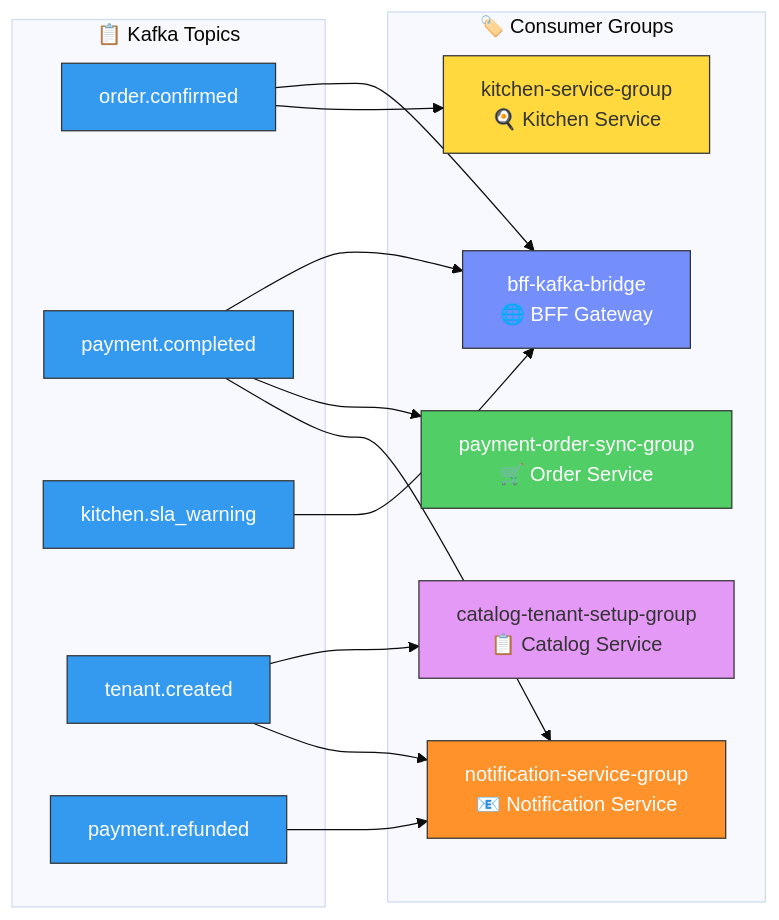
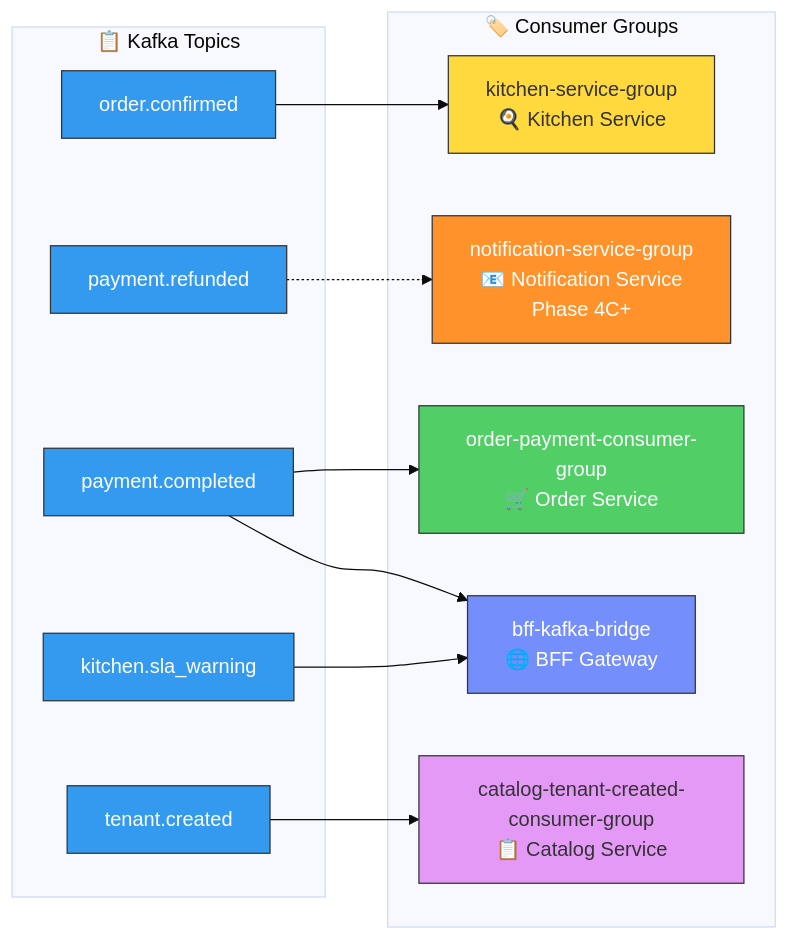
One commit to quan-vo-dinh/saas-pos-microservices-qrtable changed diagram 34 of 38 in docs/guides/kafka-qrtable.md. Above: the diagram before and after it, drawn with Mermaid (base theme). The commit also changed other lines of this file and 10 other files, not shown here.

````diff
--- a/docs/guides/kafka-qrtable.md
+++ b/docs/guides/kafka-qrtable.md
@@ -1596,43 +1599,39 @@
 ```mermaid
 graph LR
     subgraph TOPICS["📋 Kafka Topics"]
         T1["order.confirmed"]
         T2["payment.completed"]
         T3["kitchen.sla_warning"]
         T4["tenant.created"]
         T5["payment.refunded"]
     end
 
     subgraph GROUPS["🏷️ Consumer Groups"]
         G1["kitchen-service-group<br/>🍳 Kitchen Service"]
-        G2["notification-service-group<br/>📧 Notification Service"]
-        G3["payment-order-sync-group<br/>🛒 Order Service"]
+        G2["notification-service-group<br/>📧 Notification Service<br/>Phase 4C+"]
+        G3["order-payment-consumer-group<br/>🛒 Order Service"]
         G4["bff-kafka-bridge<br/>🌐 BFF Gateway"]
-        G5["catalog-tenant-setup-group<br/>📋 Catalog Service"]
+        G5["catalog-tenant-created-consumer-group<br/>📋 Catalog Service"]
     end
 
     T1 --> G1
-    T1 --> G4
-
-    T2 --> G2
     T2 --> G3
     T2 --> G4
 
     T3 --> G4
 
-    T4 --> G2
     T4 --> G5
 
-    T5 --> G2
+    T5 -.-> G2
 
     style T1 fill:#339af0,stroke:#333,color:#fff
     style T2 fill:#339af0,stroke:#333,color:#fff
     style T3 fill:#339af0,stroke:#333,color:#fff
     style T4 fill:#339af0,stroke:#333,color:#fff
     style T5 fill:#339af0,stroke:#333,color:#fff
     style G1 fill:#ffd93d,stroke:#333,color:#333
     style G2 fill:#ff922b,stroke:#333,color:#fff
     style G3 fill:#51cf66,stroke:#333,color:#fff
     style G4 fill:#748ffc,stroke:#333,color:#fff
     style G5 fill:#e599f7,stroke:#333,color:#333
 ```
````
